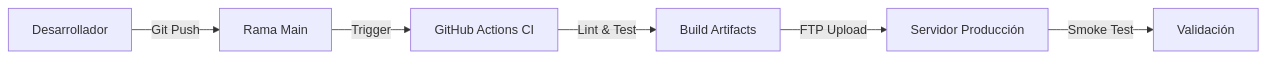
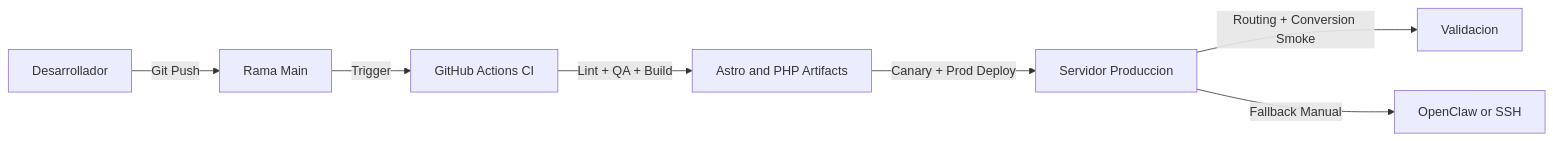
Before and after one commit to erosero558558/piel-en-armonia: the diagram in docs/DEPLOYMENT.md, drawn with Mermaid. The commit also changed other lines of this file and 12 other files, not shown here.

Commit message:
fix(deploy): harden public v2 cutover fallback

````diff
--- a/docs/DEPLOYMENT.md
+++ b/docs/DEPLOYMENT.md
@@ -9,8 +9,9 @@
 ```mermaid
 graph LR
     Dev[Desarrollador] -->|Git Push| Main[Rama Main]
     Main -->|Trigger| CI[GitHub Actions CI]
-    CI -->|Lint & Test| Build[Build Artifacts]
-    Build -->|FTP Upload| Server[Servidor Producción]
-    Server -->|Smoke Test| Valid[Validación]
+    CI -->|Lint + QA + Build| Build[Astro and PHP Artifacts]
+    Build -->|Canary + Prod Deploy| Server[Servidor Produccion]
+    Server -->|Routing + Conversion Smoke| Valid[Validacion]
+    Server -->|Fallback Manual| VPS[OpenClaw or SSH]
 ```
````
